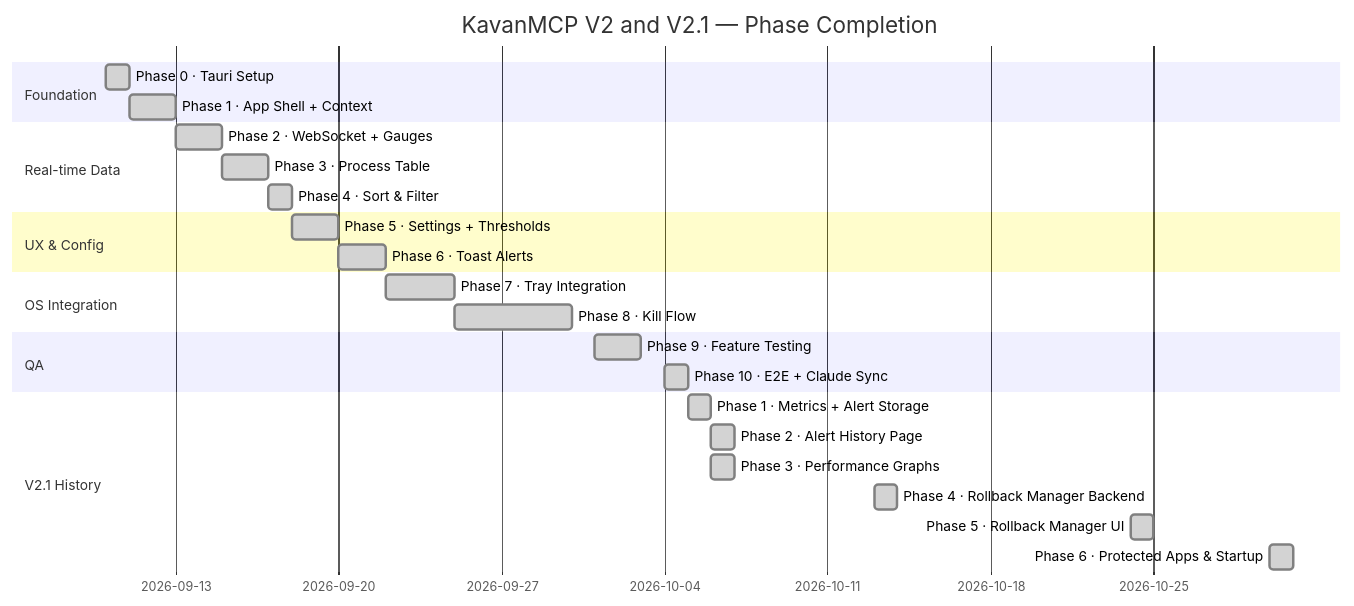
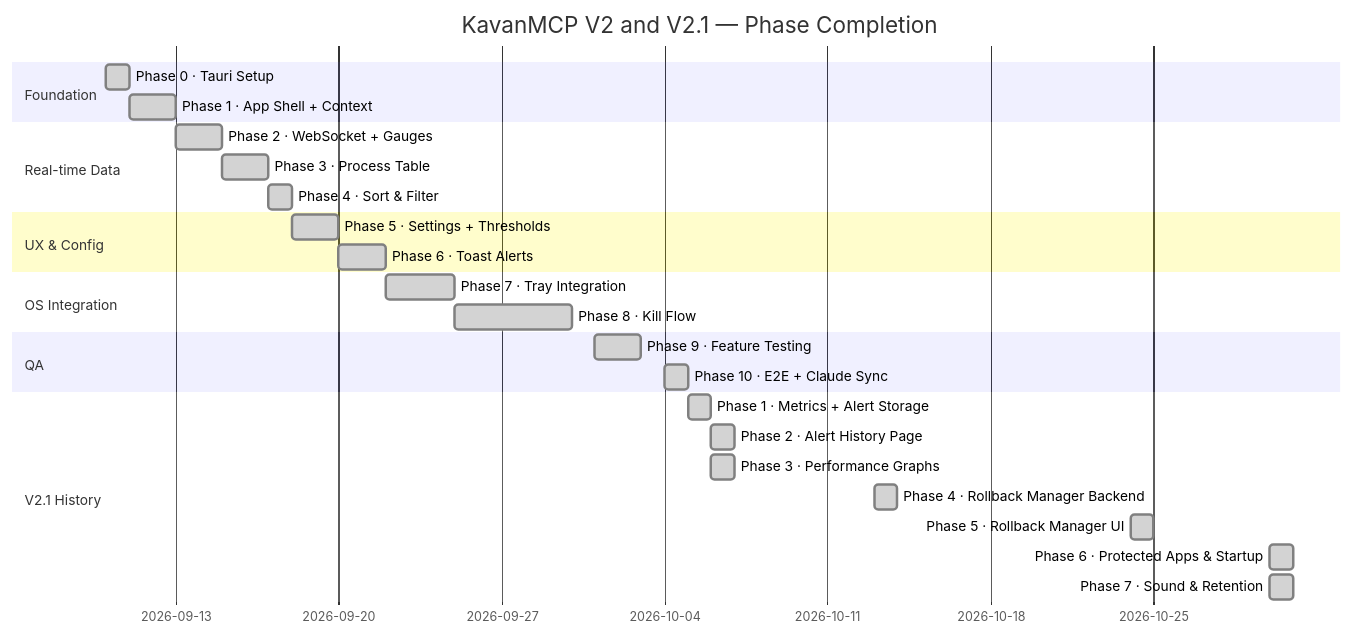
Before and after one commit to Rahul-8283/KavanMCP: the sixth of 7 diagrams in README.md, drawn with Mermaid. The commit also changed other lines of this file and 1 other file, not shown here.

First line of the commit message:
docs: update the README, test count and last commit for V2.1 phase 7

````diff
--- a/README.md
+++ b/README.md
@@ -277,28 +277,29 @@
 ```mermaid
 gantt
     title KavanMCP V2 and V2.1 — Phase Completion
     dateFormat YYYY-MM-DD
     section Foundation
     Phase 0 · Tauri Setup          :done, 2026-09-10, 1d
     Phase 1 · App Shell + Context  :done, 2026-09-11, 2d
     section Real-time Data
     Phase 2 · WebSocket + Gauges   :done, 2026-09-13, 2d
     Phase 3 · Process Table        :done, 2026-09-15, 2d
     Phase 4 · Sort & Filter        :done, 2026-09-17, 1d
     section UX & Config
     Phase 5 · Settings + Thresholds:done, 2026-09-18, 2d
     Phase 6 · Toast Alerts         :done, 2026-09-20, 2d
     section OS Integration
     Phase 7 · Tray Integration     :done, 2026-09-22, 3d
     Phase 8 · Kill Flow            :done, 2026-09-25, 5d
     section QA
     Phase 9 · Feature Testing      :done, 2026-10-01, 2d
     Phase 10 · E2E + Claude Sync   :done, 2026-10-04, 1d
     section V2.1 History
     Phase 1 · Metrics + Alert Storage :done, 2026-10-05, 1d
     Phase 2 · Alert History Page      :done, 2026-10-06, 1d
     Phase 3 · Performance Graphs      :done, 2026-10-06, 1d
     Phase 4 · Rollback Manager Backend :done, 2026-10-13, 1d
     Phase 5 · Rollback Manager UI      :done, 2026-10-24, 1d
     Phase 6 · Protected Apps & Startup :done, 2026-10-30, 1d
+    Phase 7 · Sound & Retention        :done, 2026-10-30, 1d
 ```
````
